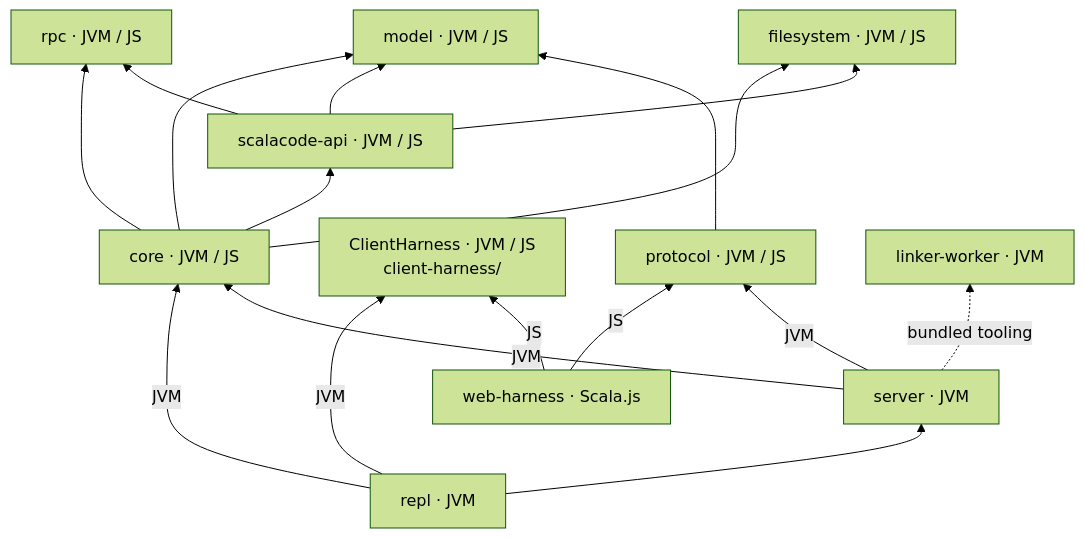
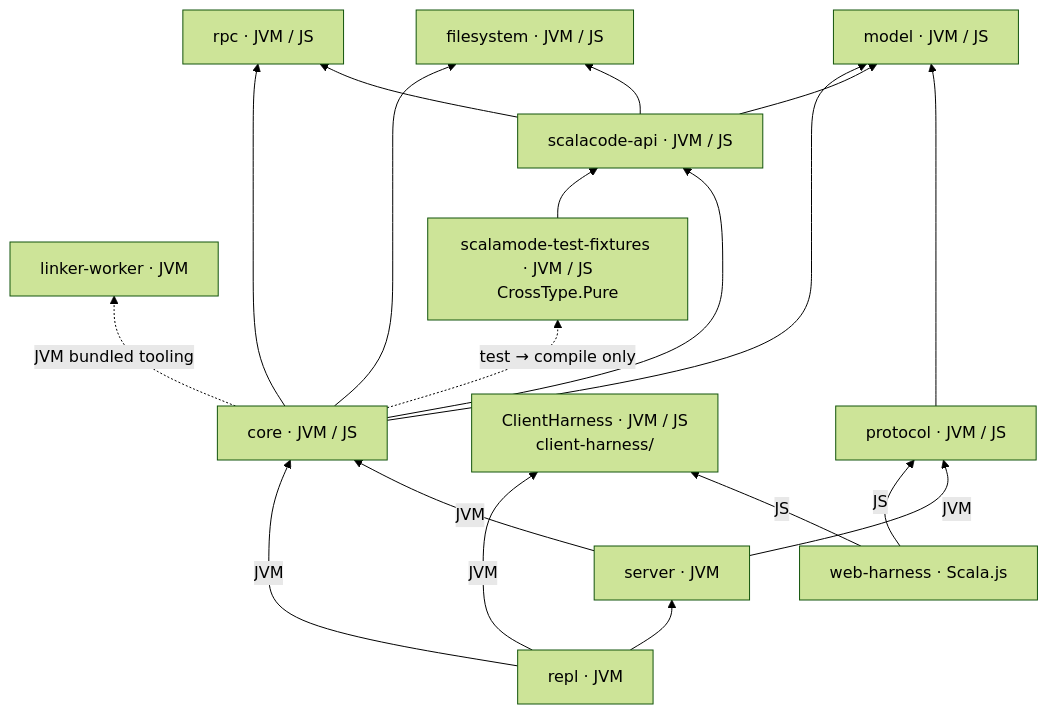
Before and after one commit to FabioPinheiro/yallmo: the diagram in README.md, drawn with Mermaid (forest theme). The commit also changed other lines of this file and 87 other files, not shown here.

````diff
--- a/README.md
+++ b/README.md
@@ -120,19 +150,21 @@
 ```mermaid
 flowchart BT
     repl["repl · JVM"] --> server["server · JVM"]
     repl -->|JVM| core["core · JVM / JS"]
     repl -->|JVM| harness["ClientHarness · JVM / JS<br/>client-harness/"]
     web["web-harness · Scala.js"] -->|JS| harness
     web -->|JS| protocol["protocol · JVM / JS"]
     server -->|JVM| core
     server -->|JVM| protocol
-    server -.->|bundled tooling| linker["linker-worker · JVM"]
+    core -.->|JVM bundled tooling| linker["linker-worker · JVM"]
+    core -.->|test → compile only| fixtures["scalamode-test-fixtures · JVM / JS<br/>CrossType.Pure"]
+    fixtures --> scalaApi
     core --> model["model · JVM / JS"]
     core --> filesystem["filesystem · JVM / JS"]
     core --> scalaApi["scalacode-api · JVM / JS"]
     core --> rpc["rpc · JVM / JS"]
     scalaApi --> model
     scalaApi --> filesystem
     scalaApi --> rpc
     protocol --> model
 ```
````
